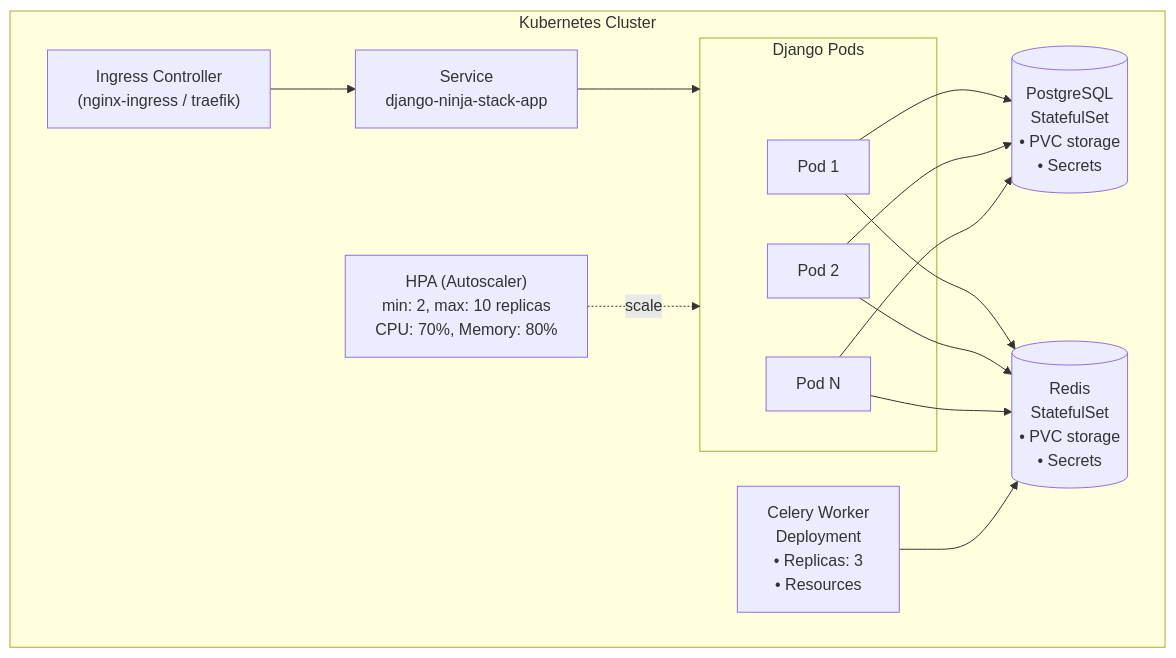
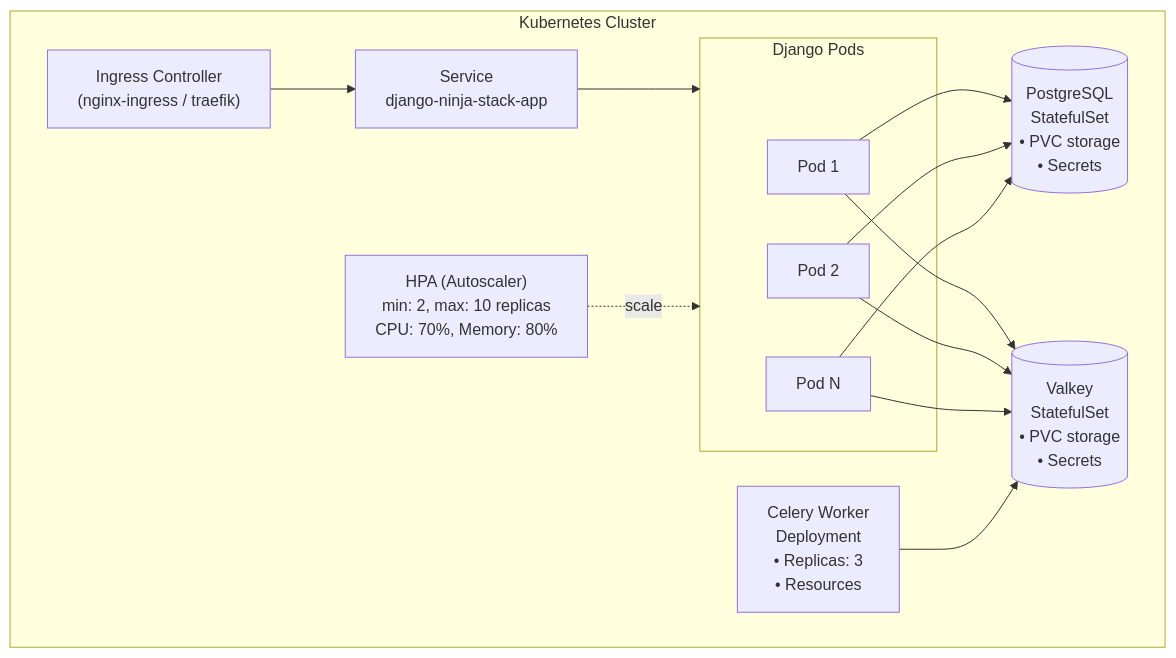
Diagram 13 of 13 in docs/ARCHITECTURE.md (mattjaikaran/django-ninja-boilerplate), drawn with Mermaid before and after one commit. The commit also changed other lines of this file and 14 other files, not shown here.

````diff
--- a/docs/ARCHITECTURE.md
+++ b/docs/ARCHITECTURE.md
@@ -607,25 +607,25 @@
 ```mermaid
 graph TB
     subgraph K8S["Kubernetes Cluster"]
         INGRESS["Ingress Controller<br/>(nginx-ingress / traefik)"]
 
         SVC["Service<br/>django-ninja-stack-app"]
 
         subgraph Pods["Django Pods"]
             P1["Pod 1"]
             P2["Pod 2"]
             PN["Pod N"]
         end
 
         HPA["HPA (Autoscaler)<br/>min: 2, max: 10 replicas<br/>CPU: 70%, Memory: 80%"]
 
         PG[("PostgreSQL<br/>StatefulSet<br/>• PVC storage<br/>• Secrets")]
-        REDIS[("Redis<br/>StatefulSet<br/>• PVC storage<br/>• Secrets")]
+        REDIS[("Valkey<br/>StatefulSet<br/>• PVC storage<br/>• Secrets")]
         CELERY["Celery Worker<br/>Deployment<br/>• Replicas: 3<br/>• Resources"]
     end
 
     INGRESS --> SVC --> Pods
     HPA -.->|"scale"| Pods
     P1 & P2 & PN --> PG & REDIS
     CELERY --> REDIS
 ```
````
